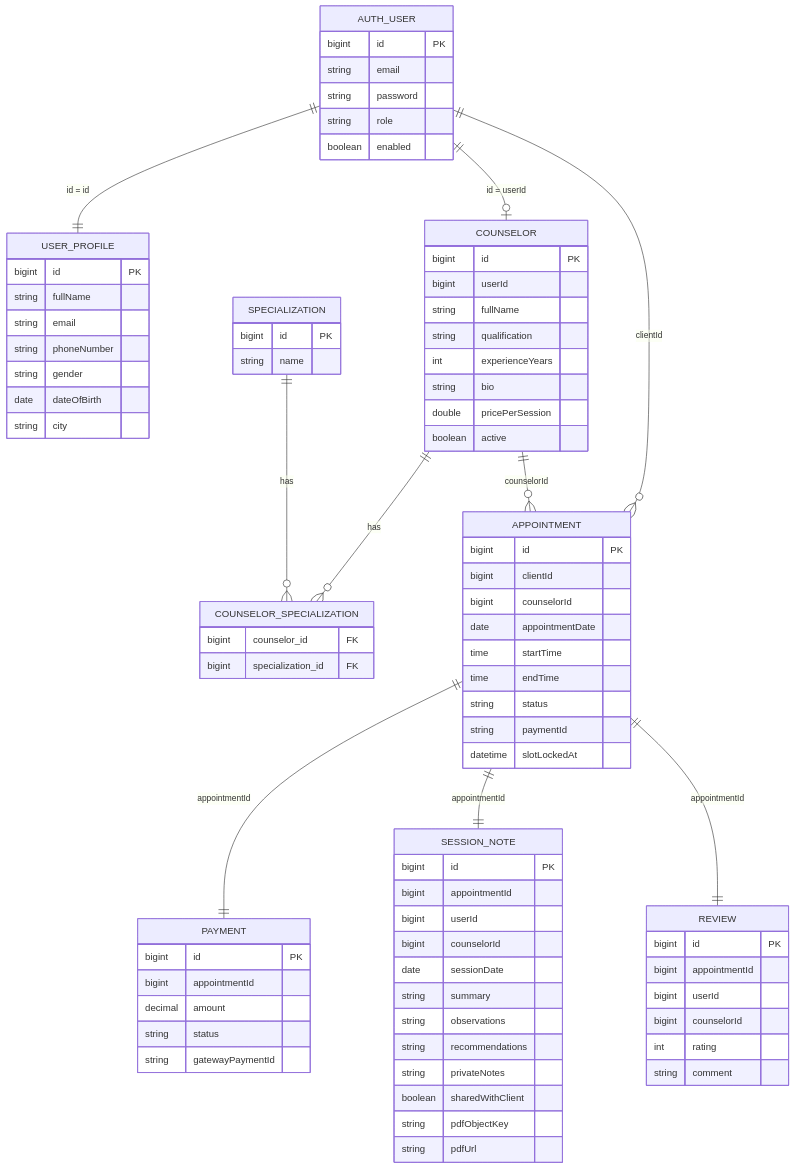
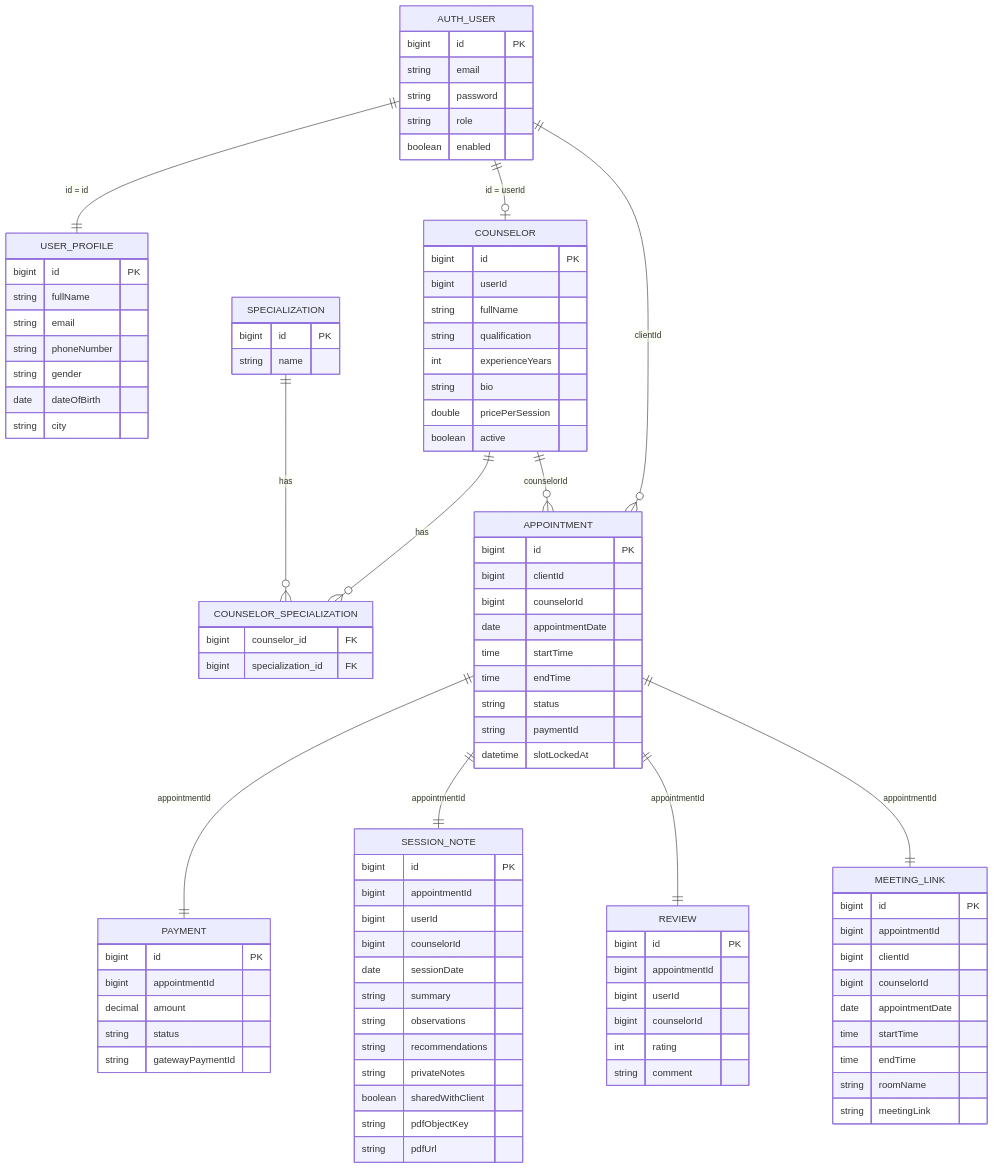
Before and after one commit to shibashisdey/council: the seventh of 7 diagrams in docs/ARCHITECTURE.md, drawn with Mermaid. The commit also changed other lines of this file and 493 other files, not shown here.

````diff
--- a/docs/ARCHITECTURE.md
+++ b/docs/ARCHITECTURE.md
@@ -194,6 +199,18 @@
     datetime slotLockedAt
   }
 
+  MEETING_LINK {
+    bigint id PK
+    bigint appointmentId
+    bigint clientId
+    bigint counselorId
+    date appointmentDate
+    time startTime
+    time endTime
+    string roomName
+    string meetingLink
+  }
+
   PAYMENT {
     bigint id PK
     bigint appointmentId
@@ -235,4 +252,5 @@
   APPOINTMENT ||--|| PAYMENT : "appointmentId"
   APPOINTMENT ||--|| SESSION_NOTE : "appointmentId"
   APPOINTMENT ||--|| REVIEW : "appointmentId"
+  APPOINTMENT ||--|| MEETING_LINK : "appointmentId"
 ```
````
